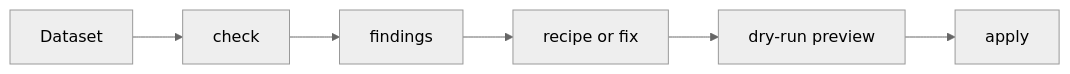
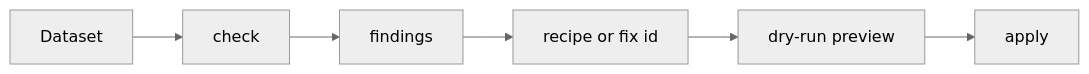
Before and after one commit to roocs/woodpecker: the diagram in README.md, drawn with Mermaid (neutral theme). The commit also changed other lines of this file and 6 other files, not shown here.

````diff
--- a/README.md
+++ b/README.md
@@ -15,8 +15,8 @@
 ```mermaid
 flowchart LR
     D["Dataset"] --> C["check"]
     C --> F["findings"]
-    F --> R["recipe or fix"]
+    F --> R["recipe or fix id"]
     R --> P["dry-run preview"]
     P --> A["apply"]
 ```
````
